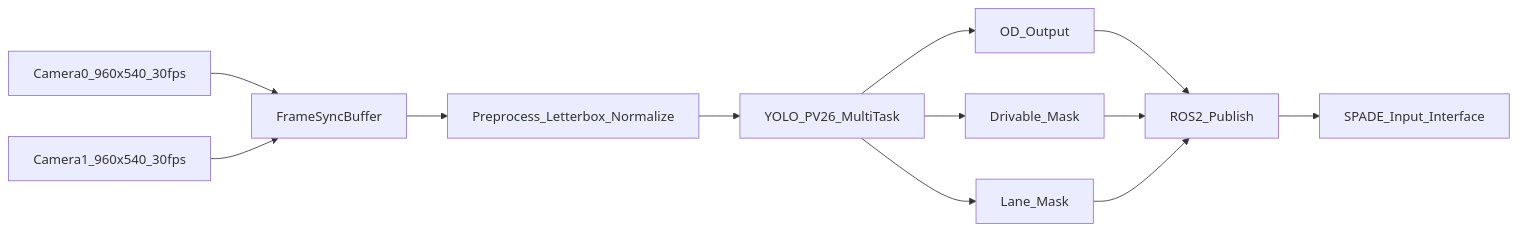
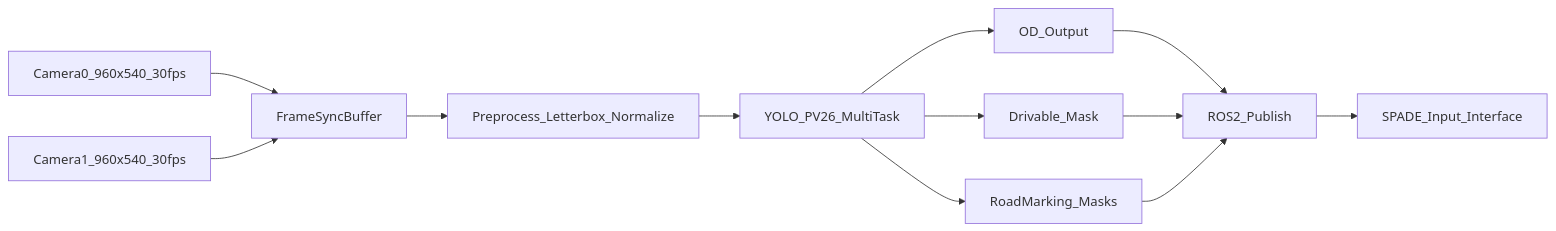
One commit to rkdals0131/yolopv26 changed the first of 2 diagrams in docs/PRD.md. Above: the diagram before and after it, drawn with Mermaid. The commit also changed other lines of this file and 9 other files, not shown here.

````diff
--- a/docs/PRD.md
+++ b/docs/PRD.md
@@ -63,14 +74,14 @@
 ```mermaid
 flowchart LR
   CAM0[Camera0_960x540_30fps] --> SYNC[FrameSyncBuffer]
   CAM1[Camera1_960x540_30fps] --> SYNC
   SYNC --> PRE[Preprocess_Letterbox_Normalize]
   PRE --> MODEL[YOLO_PV26_MultiTask]
   MODEL --> OD[OD_Output]
   MODEL --> DA[Drivable_Mask]
-  MODEL --> LN[Lane_Mask]
+  MODEL --> RM[RoadMarking_Masks]
   OD --> PUB[ROS2_Publish]
   DA --> PUB
-  LN --> PUB
+  RM --> PUB
   PUB --> SPADE[SPADE_Input_Interface]
 ```
````
